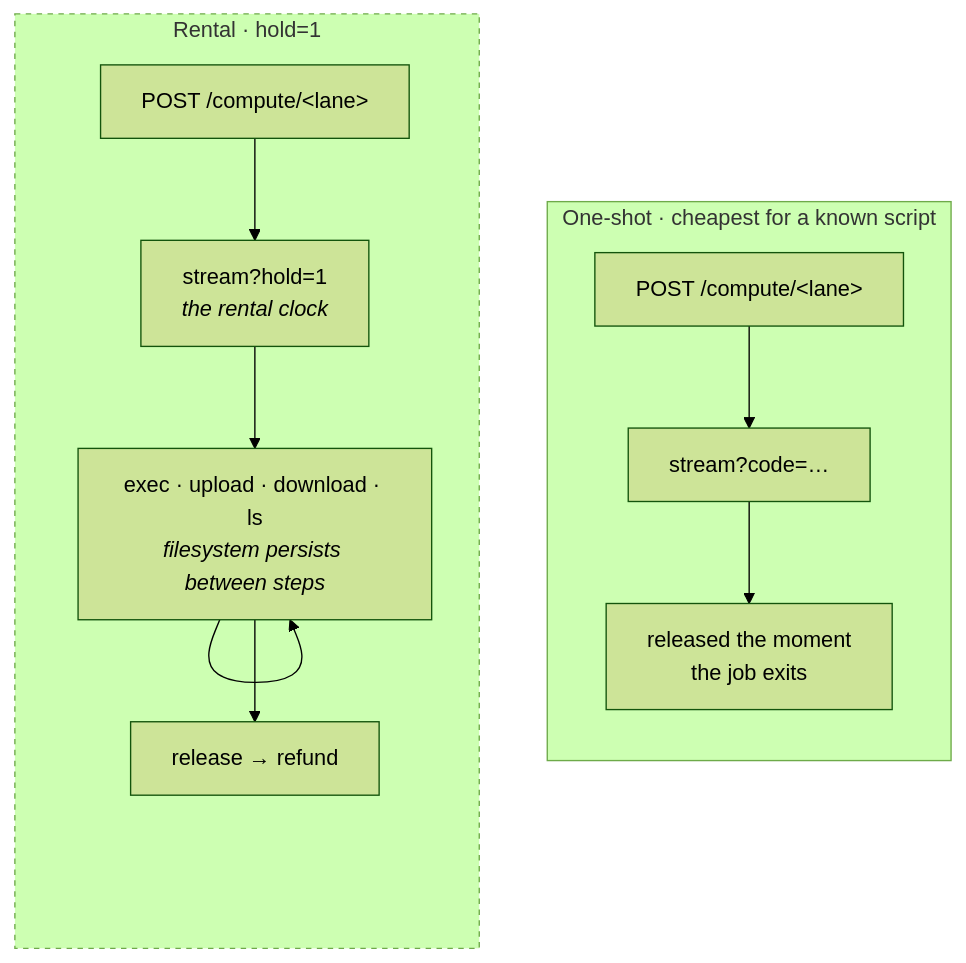
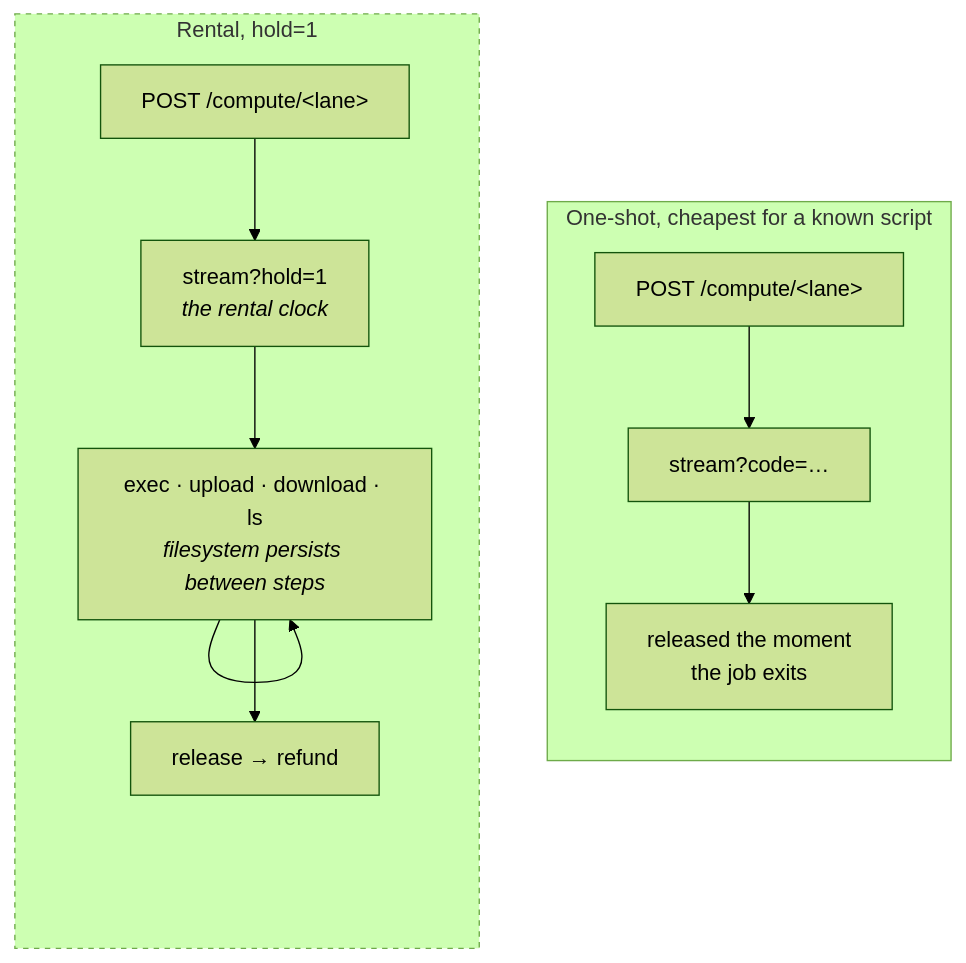
One commit to hitakshiA/pinout changed the first of 5 diagrams in README.md. Above: the diagram before and after it, drawn with Mermaid (forest theme). The commit also changed other lines of this file and 6 other files, not shown here.

````diff
--- a/README.md
+++ b/README.md
@@ -171,17 +72,17 @@
 ```mermaid
 flowchart TB
-    subgraph ONE["One-shot · cheapest for a known script"]
+    subgraph ONE["One-shot, cheapest for a known script"]
         direction TB
         O1["POST /compute/&lt;lane&gt;"] --> O2["stream?code=…"]
         O2 --> O3["released the moment<br/>the job exits"]
     end
-    subgraph RENT["Rental · hold=1"]
+    subgraph RENT["Rental, hold=1"]
         direction TB
         R1["POST /compute/&lt;lane&gt;"] --> R2["stream?hold=1<br/><i>the rental clock</i>"]
         R2 --> R3["exec · upload · download · ls<br/><i>filesystem persists between steps</i>"]
         R3 --> R3
         R3 --> R4["release → refund"]
     end
 
     style RENT stroke-dasharray: 4
 ```
````
